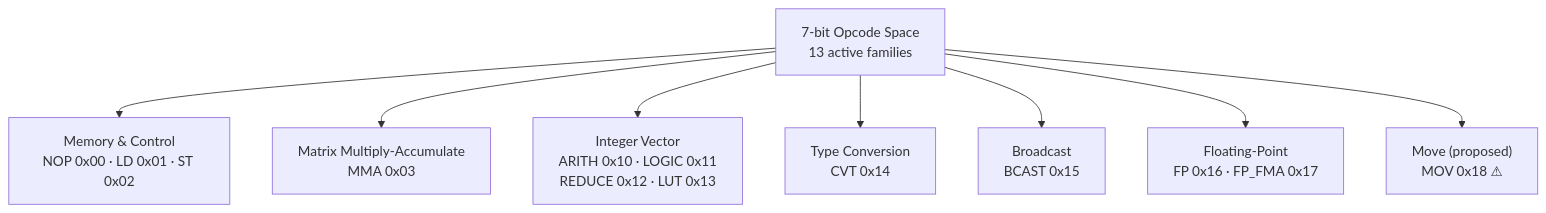
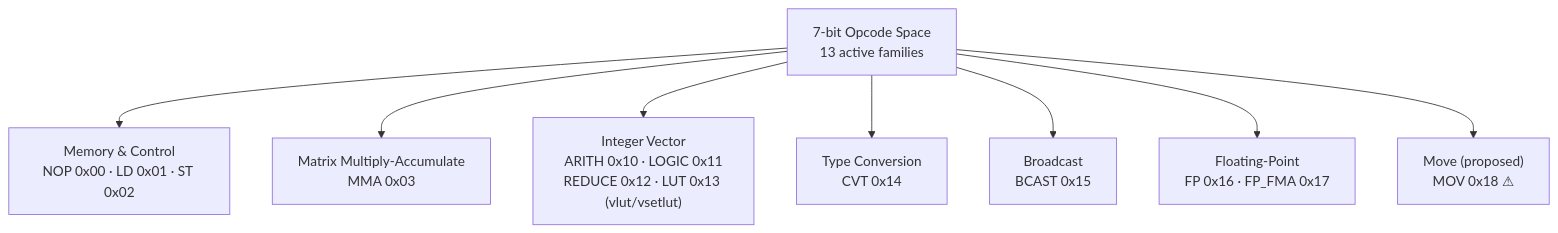
The first of 3 diagrams in docs/designs/01.isa.md (mpskex/chisel-npu), drawn with Mermaid before and after one commit. The commit also changed other lines of this file and 3 other files, not shown here.

````diff
--- a/docs/designs/01.isa.md
+++ b/docs/designs/01.isa.md
@@ -153,12 +153,12 @@
 ```mermaid
 graph TD
     ISA["7-bit Opcode Space<br/>13 active families"]
 
     ISA --> MEM["Memory &amp; Control<br/>NOP 0x00 · LD 0x01 · ST 0x02"]
     ISA --> MMA["Matrix Multiply-Accumulate<br/>MMA 0x03"]
-    ISA --> INT["Integer Vector<br/>ARITH 0x10 · LOGIC 0x11<br/>REDUCE 0x12 · LUT 0x13"]
+    ISA --> INT["Integer Vector<br/>ARITH 0x10 · LOGIC 0x11<br/>REDUCE 0x12 · LUT 0x13 (vlut/vsetlut)"]
     ISA --> CVT["Type Conversion<br/>CVT 0x14"]
     ISA --> BCAST["Broadcast<br/>BCAST 0x15"]
     ISA --> FP["Floating-Point<br/>FP 0x16 · FP_FMA 0x17"]
     ISA --> MOV["Move (proposed)<br/>MOV 0x18 ⚠"]
 ```
````
